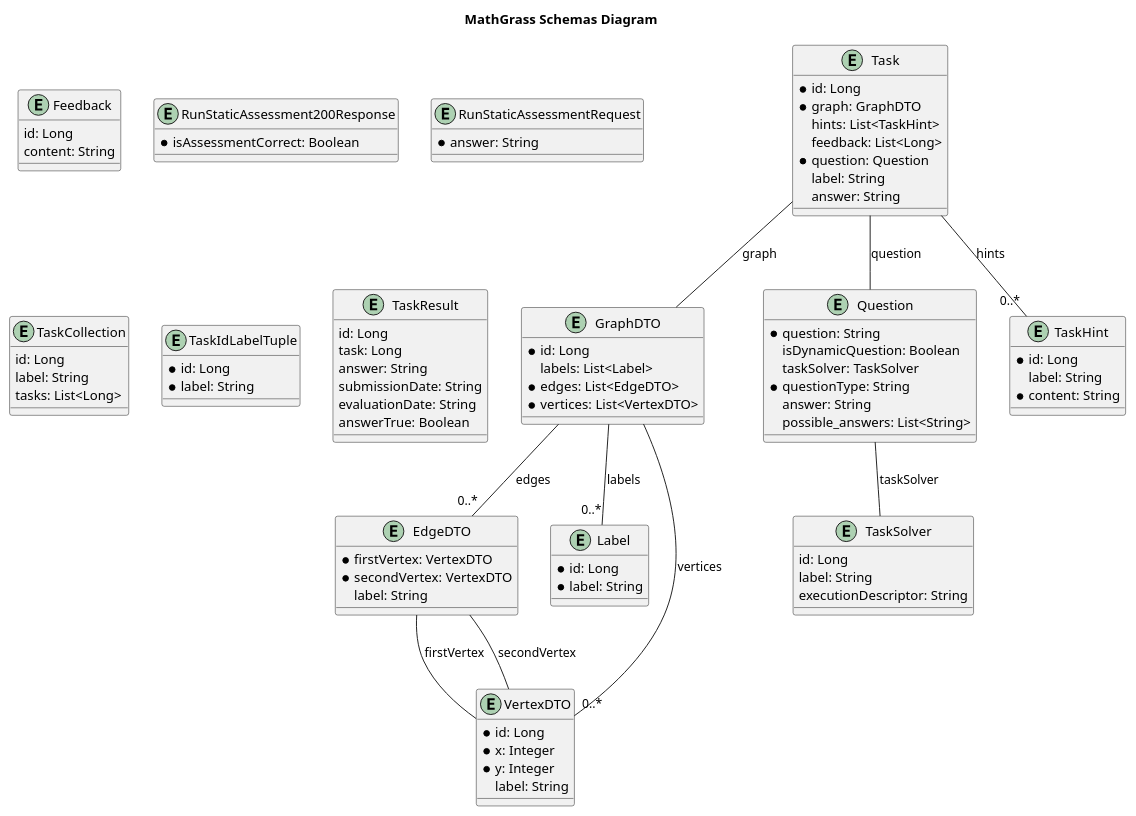
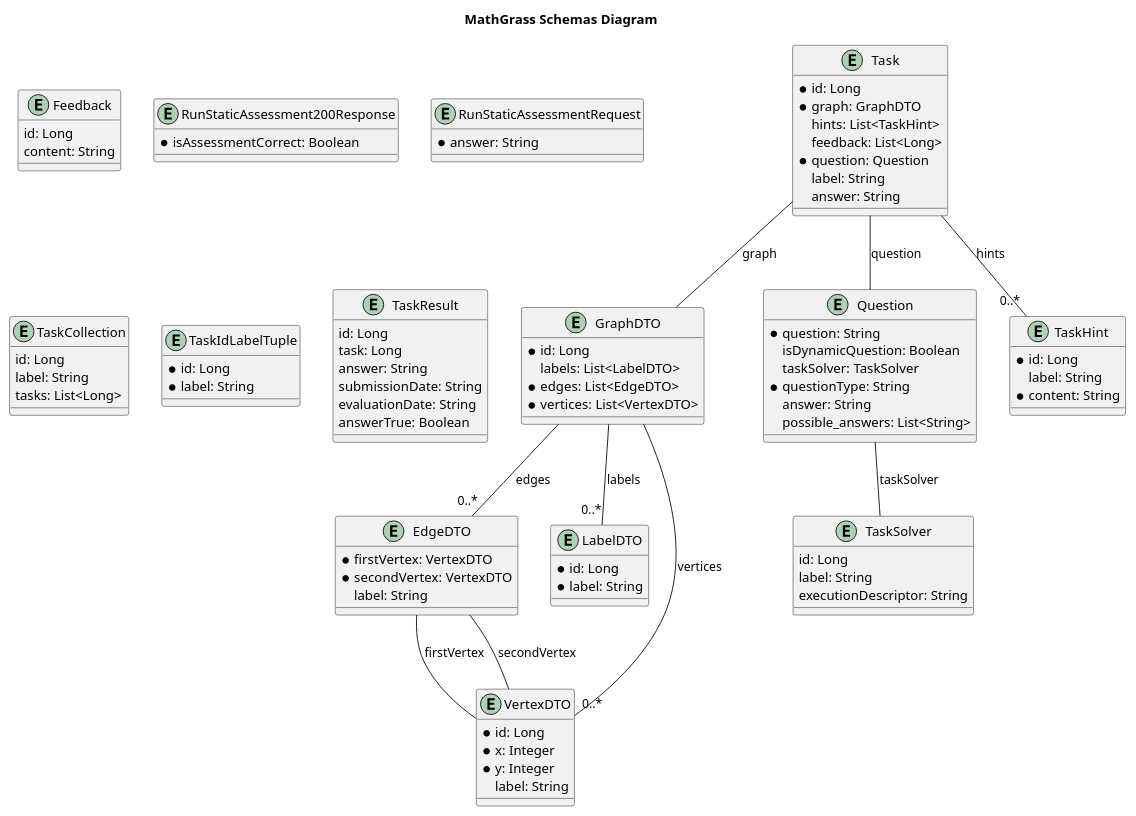
One commit to MathGrass/mathgrass-api changed the diagram in openapi-spec/schemas.plantuml. Above: the diagram before and after it, drawn with PlantUML. The commit also changed 10 other files, not shown here.

Commit message:
dev: Rename Label to LabelDTO

```diff
--- a/openapi-spec/schemas.plantuml
+++ b/openapi-spec/schemas.plantuml
@@ -1,105 +1,105 @@
 @startuml
 
 title MathGrass Schemas Diagram
 
 entity EdgeDTO {
     * firstVertex: VertexDTO
     * secondVertex: VertexDTO
     label: String
 }
 
 entity Feedback {
     id: Long
     content: String
 }
 
 entity GraphDTO {
     * id: Long
-    labels: List<Label>
+    labels: List<LabelDTO>
     * edges: List<EdgeDTO>
     * vertices: List<VertexDTO>
 }
 
-entity Label {
+entity LabelDTO {
     * id: Long
     * label: String
 }
 
 entity Question {
     * question: String
     isDynamicQuestion: Boolean
     taskSolver: TaskSolver
     * questionType: String
     answer: String
     possible_answers: List<String>
 }
 
 entity RunStaticAssessment200Response {
     * isAssessmentCorrect: Boolean
 }
 
 entity RunStaticAssessmentRequest {
     * answer: String
 }
 
 entity Task {
     * id: Long
     * graph: GraphDTO
     hints: List<TaskHint>
     feedback: List<Long>
     * question: Question
     label: String
     answer: String
 }
 
 entity TaskCollection {
     id: Long
     label: String
     tasks: List<Long>
 }
 
 entity TaskHint {
     * id: Long
     label: String
     * content: String
 }
 
 entity TaskIdLabelTuple {
     * id: Long
     * label: String
 }
 
 entity TaskResult {
     id: Long
     task: Long
     answer: String
     submissionDate: String
     evaluationDate: String
     answerTrue: Boolean
 }
 
 entity TaskSolver {
     id: Long
     label: String
     executionDescriptor: String
 }
 
 entity VertexDTO {
     * id: Long
     * x: Integer
     * y: Integer
     label: String
 }
 
 
 Task -- GraphDTO : graph
 Task -- "0..*" TaskHint : hints
 Task -- Question : question
-GraphDTO -- "0..*" Label : labels
+GraphDTO -- "0..*" LabelDTO : labels
 GraphDTO -- "0..*" EdgeDTO : edges
 GraphDTO -- "0..*" VertexDTO : vertices
 EdgeDTO -- VertexDTO : firstVertex
 EdgeDTO -- VertexDTO : secondVertex
 Question -- TaskSolver : taskSolver
 
 @enduml
```
